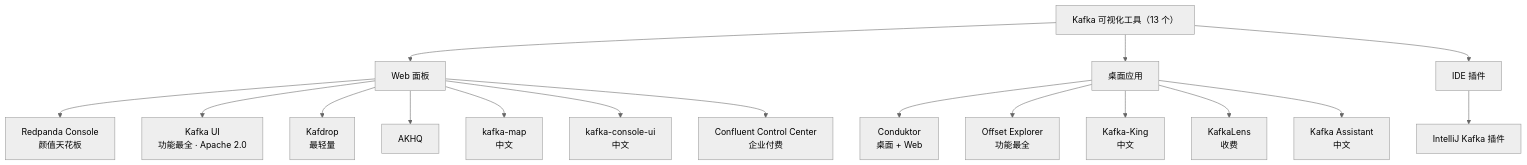
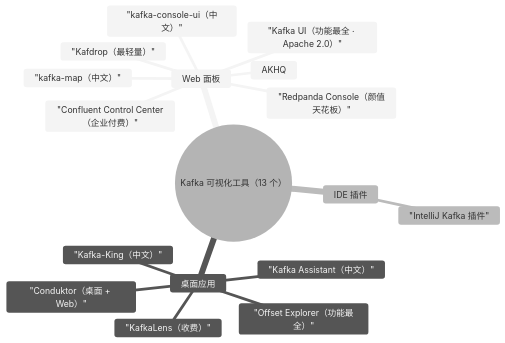
Before and after one commit to UranusGit/java-agent-learn: the first of 3 diagrams in docs/附录/Kafka工具与运维专题/01-Kafka可视化工具推荐.md, drawn with Mermaid (neutral theme). The commit also changed 11 other files, not shown here.

First line of the commit message:
docs全库mermaid图选型复核：纯分类图由flowchart改为mindmap

````diff
--- a/docs/附录/Kafka工具与运维专题/01-Kafka可视化工具推荐.md
+++ b/docs/附录/Kafka工具与运维专题/01-Kafka可视化工具推荐.md
@@ -56,19 +56,20 @@
 ```mermaid
-flowchart TD
-    TOOLS["Kafka 可视化工具（13 个）"] --> WEB["Web 面板"]
-    TOOLS --> DESK["桌面应用"]
-    TOOLS --> IDE["IDE 插件"]
-    WEB --> W1["Redpanda Console<br/>颜值天花板"]
-    WEB --> W2["Kafka UI<br/>功能最全 · Apache 2.0"]
-    WEB --> W3["Kafdrop<br/>最轻量"]
-    WEB --> W4["AKHQ"]
-    WEB --> W5["kafka-map<br/>中文"]
-    WEB --> W6["kafka-console-ui<br/>中文"]
-    WEB --> W7["Confluent Control Center<br/>企业付费"]
-    DESK --> D1["Conduktor<br/>桌面 + Web"]
-    DESK --> D2["Offset Explorer<br/>功能最全"]
-    DESK --> D3["Kafka-King<br/>中文"]
-    DESK --> D4["KafkaLens<br/>收费"]
-    DESK --> D5["Kafka Assistant<br/>中文"]
-    IDE --> I1["IntelliJ Kafka 插件"]
+mindmap
+  root((Kafka 可视化工具（13 个）))
+    Web 面板
+      "Redpanda Console（颜值天花板）"
+      "Kafka UI（功能最全 · Apache 2.0）"
+      "Kafdrop（最轻量）"
+      AKHQ
+      "kafka-map（中文）"
+      "kafka-console-ui（中文）"
+      "Confluent Control Center（企业付费）"
+    桌面应用
+      "Conduktor（桌面 + Web）"
+      "Offset Explorer（功能最全）"
+      "Kafka-King（中文）"
+      "KafkaLens（收费）"
+      "Kafka Assistant（中文）"
+    IDE 插件
+      "IntelliJ Kafka 插件"
 ```
````
